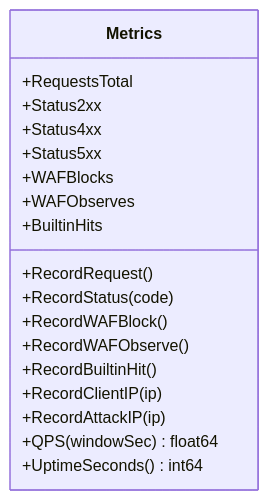
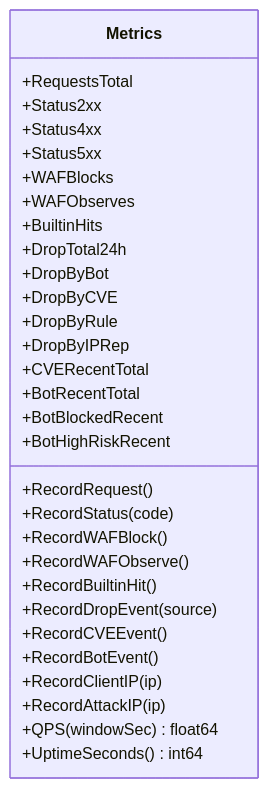
One commit to x01n/My-OpenWaf changed the seventh of 13 diagrams in docs/监控与可观测性/监控与可观测性.md. Above: the diagram before and after it, drawn with Mermaid. The commit also changed other lines of this file and 51 other files, not shown here.

````diff
--- a/docs/监控与可观测性/监控与可观测性.md
+++ b/docs/监控与可观测性/监控与可观测性.md
@@ -187,21 +355,33 @@
 ```mermaid
 classDiagram
 class Metrics {
 +RequestsTotal
 +Status2xx
 +Status4xx
 +Status5xx
 +WAFBlocks
 +WAFObserves
 +BuiltinHits
++DropTotal24h
++DropByBot
++DropByCVE
++DropByRule
++DropByIPRep
++CVERecentTotal
++BotRecentTotal
++BotBlockedRecent
++BotHighRiskRecent
 +RecordRequest()
 +RecordStatus(code)
 +RecordWAFBlock()
 +RecordWAFObserve()
 +RecordBuiltinHit()
++RecordDropEvent(source)
++RecordCVEEvent()
++RecordBotEvent()
 +RecordClientIP(ip)
 +RecordAttackIP(ip)
 +QPS(windowSec) float64
 +UptimeSeconds() int64
 }
 ```
````
